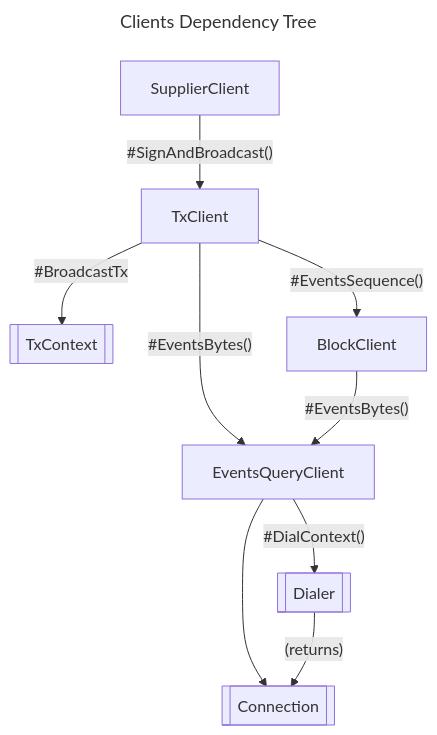
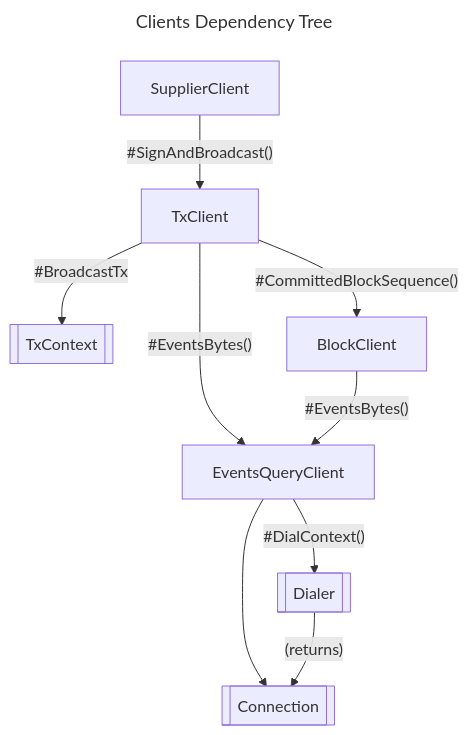
One commit to pokt-network/poktroll changed the second of 3 diagrams in docs/pkg/client/README.md. Above: the diagram before and after it, drawn with Mermaid. The commit also changed other lines of this file and 29 other files, not shown here.

````diff
--- a/docs/pkg/client/README.md
+++ b/docs/pkg/client/README.md
@@ -58,24 +57,24 @@
 ```mermaid
 ---
 title: Clients Dependency Tree
 ---
 flowchart
 
 sup[SupplierClient]
 tx[TxClient]
 txctx[[TxContext]]
 bl[BlockClient]
 evt[EventsQueryClient]
 conn[[Connection]]
 dial[[Dialer]]
 
 sup --"#SignAndBroadcast()"--> tx
 
-tx --"#EventsSequence()"--> bl
+tx --"#CommittedBlockSequence()"--> bl
 tx --"#BroadcastTx"--> txctx
 tx --"#EventsBytes()"--> evt
 bl --"#EventsBytes()"--> evt
 evt --> conn
 evt --"#DialContext()"--> dial
 dial --"(returns)"--> conn
 ```
````
